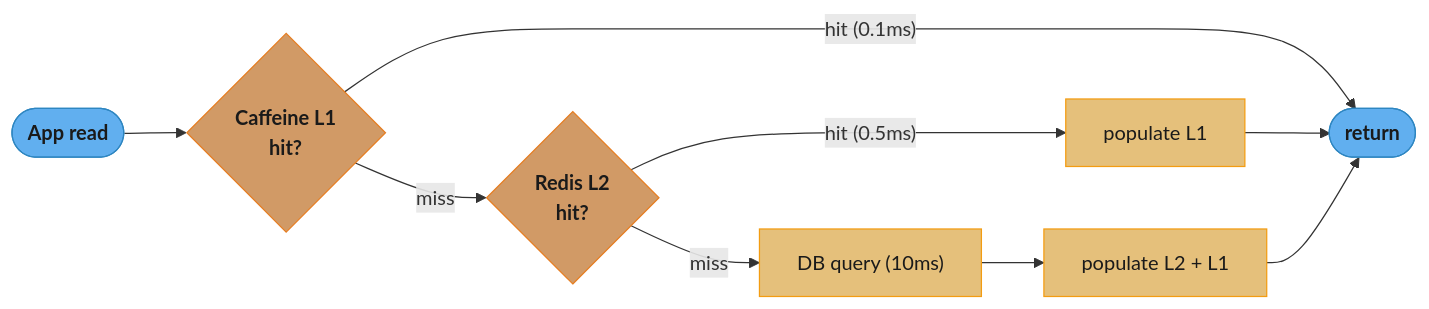
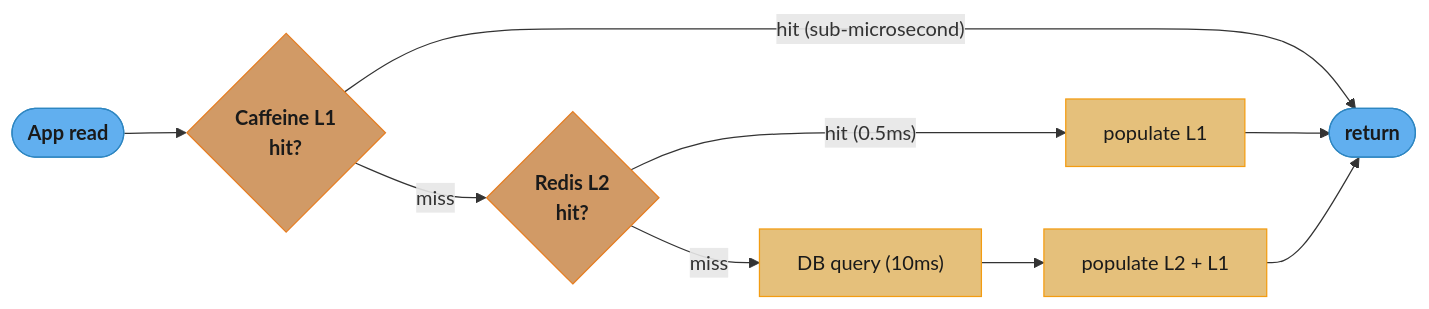
Before and after one commit to rppol/system-design: diagram 11 of 12 in src/main/java/com/rutik/systemdesign/database/database_caching_patterns/README.md, drawn with Mermaid. The commit also changed other lines of this file and 4 other files, not shown here.

````diff
--- a/src/main/java/com/rutik/systemdesign/database/database_caching_patterns/README.md
+++ b/src/main/java/com/rutik/systemdesign/database/database_caching_patterns/README.md
@@ -786,23 +818,23 @@
 ```mermaid
 flowchart LR
     classDef io      fill:#61afef,stroke:#2e86c1,color:#1a1a1a,font-weight:bold
     classDef frozen  fill:#c678dd,stroke:#9b59b6,color:#fff
     classDef train   fill:#98c379,stroke:#27ae60,color:#1a1a1a
     classDef mathOp  fill:#d19a66,stroke:#e67e22,color:#1a1a1a,font-weight:bold
     classDef lossN   fill:#e06c75,stroke:#c0392b,color:#fff,font-weight:bold
     classDef req     fill:#56b6c2,stroke:#0097a7,color:#1a1a1a
     classDef base    fill:#e5c07b,stroke:#f39c12,color:#1a1a1a
 
     A(["App read"]) --> B{"Caffeine L1<br/>hit?"}
-    B -->|"hit (0.1ms)"| C(["return"])
+    B -->|"hit (sub-microsecond)"| C(["return"])
     B -->|"miss"| D{"Redis L2<br/>hit?"}
     D -->|"hit (0.5ms)"| E["populate L1"]
     E --> C
     D -->|"miss"| F["DB query (10ms)"]
     F --> G["populate L2 + L1"]
     G --> C
 
     class A,C io
     class B,D mathOp
     class E,F,G base
 ```
````
